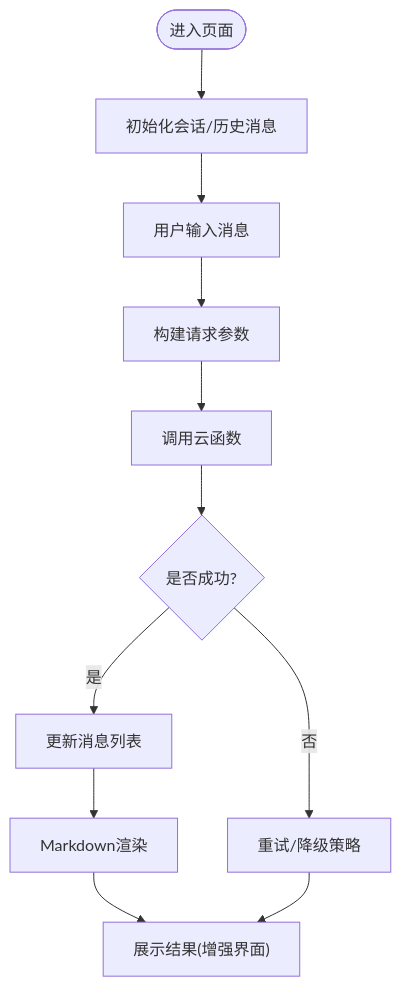
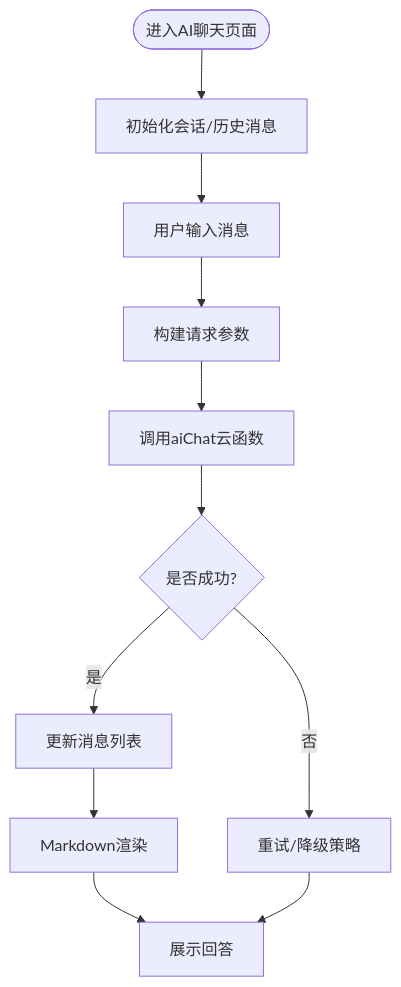
Before and after one commit to cwb7756/bio: the third of 12 diagrams in .qoder/repowiki/zh/content/核心功能模块/AI智能助手.md, drawn with Mermaid. The commit also changed other lines of this file and 45 other files, not shown here.

````diff
--- a/.qoder/repowiki/zh/content/核心功能模块/AI智能助手.md
+++ b/.qoder/repowiki/zh/content/核心功能模块/AI智能助手.md
@@ -156,13 +186,13 @@
 ```mermaid
 flowchart TD
-Start(["进入页面"]) --> Init["初始化会话/历史消息"]
+Start(["进入AI聊天页面"]) --> Init["初始化会话/历史消息"]
 Init --> Input["用户输入消息"]
 Input --> BuildReq["构建请求参数"]
-BuildReq --> CallCloud["调用云函数"]
+BuildReq --> CallCloud["调用aiChat云函数"]
 CallCloud --> Resp{"是否成功?"}
 Resp --> |是| Update["更新消息列表"]
 Update --> Render["Markdown渲染"]
-Render --> Show["展示结果(增强界面)"]
+Render --> Show["展示回答"]
 Resp --> |否| Retry["重试/降级策略"]
 Retry --> Show
 ```
````
